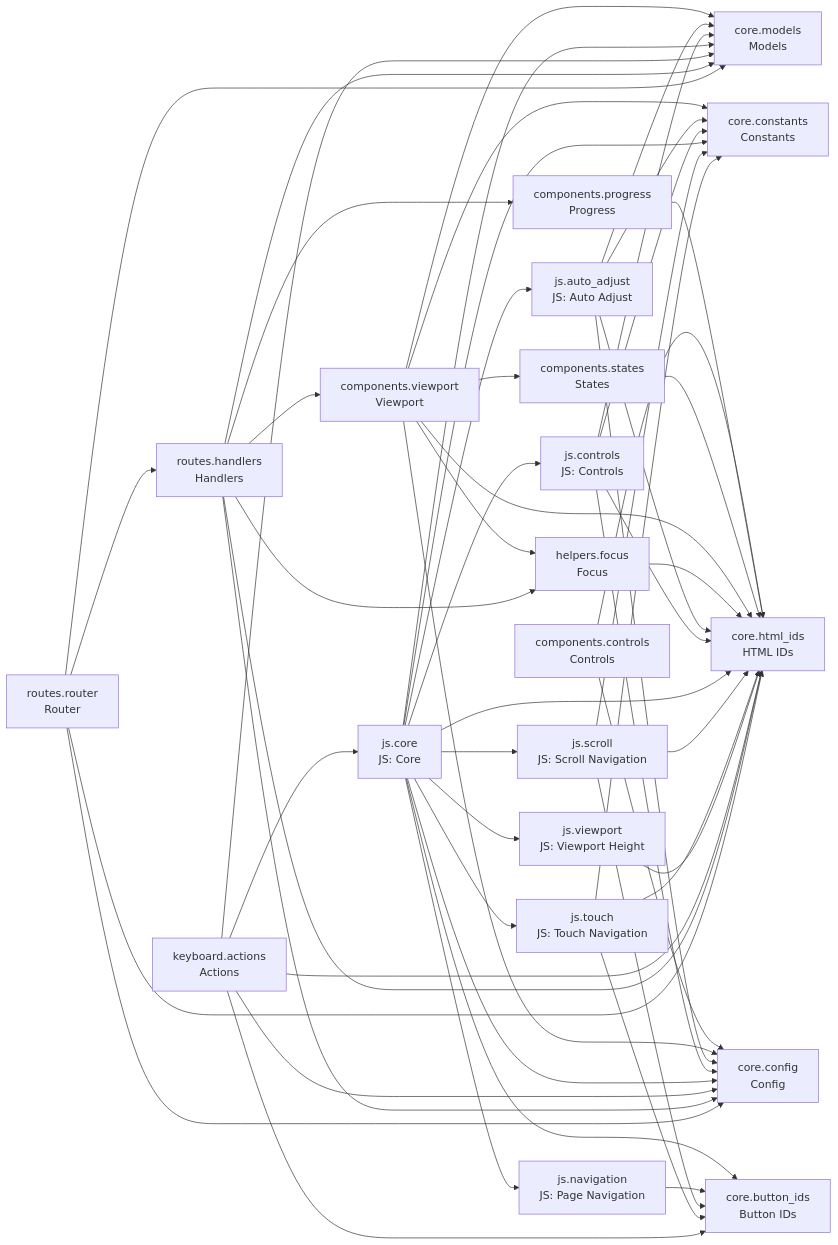
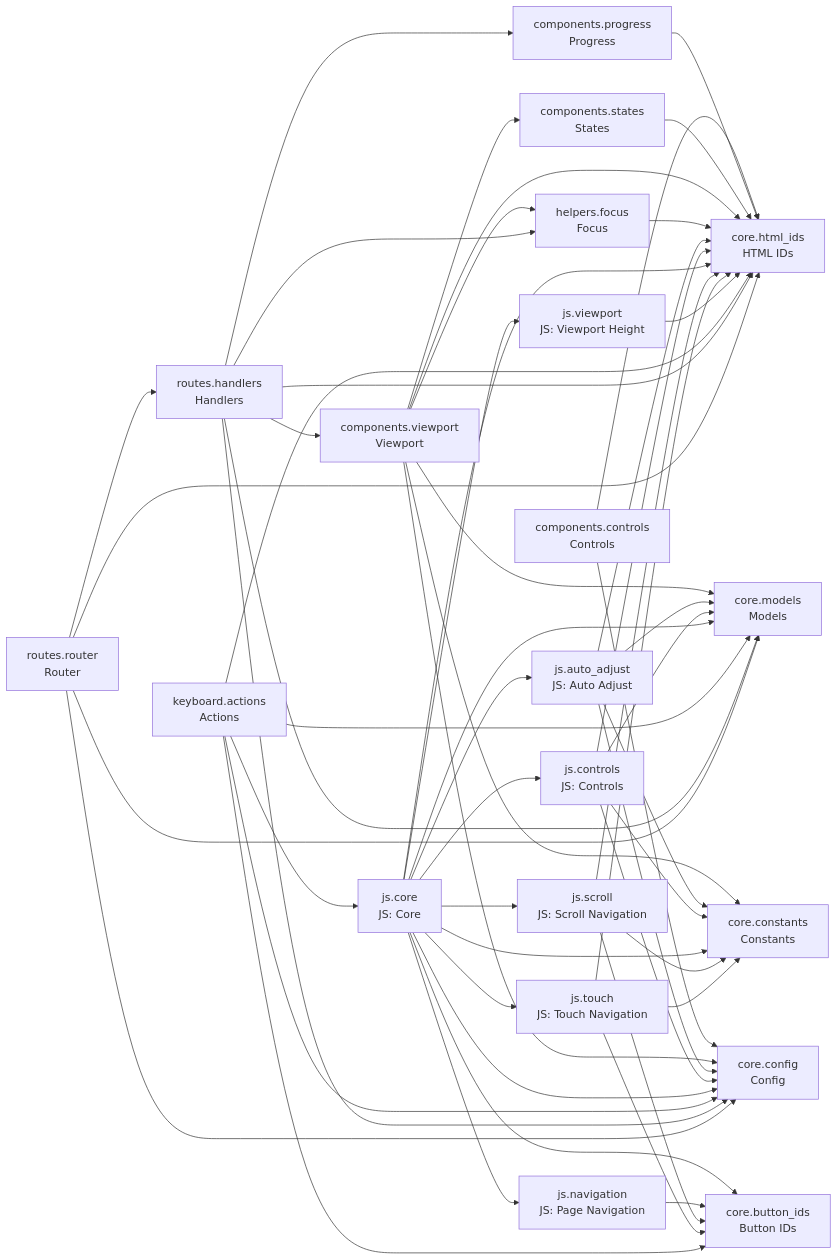
Before and after one commit to cj-mills/cjm-fasthtml-card-stack: the diagram in README.md, drawn with Mermaid. The commit also changed other lines of this file and 3 other files, not shown here.

````diff
--- a/README.md
+++ b/README.md
@@ -46,77 +46,77 @@
 ``` mermaid
 graph LR
     components_controls[components.controls<br/>Controls]
     components_progress[components.progress<br/>Progress]
     components_states[components.states<br/>States]
     components_viewport[components.viewport<br/>Viewport]
     core_button_ids[core.button_ids<br/>Button IDs]
     core_config[core.config<br/>Config]
     core_constants[core.constants<br/>Constants]
     core_html_ids[core.html_ids<br/>HTML IDs]
     core_models[core.models<br/>Models]
     helpers_focus[helpers.focus<br/>Focus]
     js_auto_adjust[js.auto_adjust<br/>JS: Auto Adjust]
     js_controls[js.controls<br/>JS: Controls]
     js_core[js.core<br/>JS: Core]
     js_navigation[js.navigation<br/>JS: Page Navigation]
     js_scroll[js.scroll<br/>JS: Scroll Navigation]
     js_touch[js.touch<br/>JS: Touch Navigation]
     js_viewport[js.viewport<br/>JS: Viewport Height]
     keyboard_actions[keyboard.actions<br/>Actions]
     routes_handlers[routes.handlers<br/>Handlers]
     routes_router[routes.router<br/>Router]
 
     components_controls --> core_config
     components_controls --> core_html_ids
     components_progress --> core_html_ids
     components_states --> core_html_ids
+    components_viewport --> core_constants
     components_viewport --> core_models
-    components_viewport --> core_constants
     components_viewport --> helpers_focus
-    components_viewport --> components_states
     components_viewport --> core_config
     components_viewport --> core_html_ids
+    components_viewport --> components_states
     helpers_focus --> core_html_ids
+    js_auto_adjust --> core_constants
     js_auto_adjust --> core_html_ids
-    js_auto_adjust --> core_constants
+    js_auto_adjust --> core_config
     js_auto_adjust --> core_models
-    js_auto_adjust --> core_config
     js_controls --> core_constants
     js_controls --> core_html_ids
+    js_controls --> core_config
     js_controls --> core_models
-    js_controls --> core_config
+    js_core --> core_constants
+    js_core --> js_touch
+    js_core --> core_models
+    js_core --> js_scroll
+    js_core --> core_config
+    js_core --> js_auto_adjust
+    js_core --> js_navigation
+    js_core --> core_html_ids
     js_core --> js_controls
-    js_core --> js_auto_adjust
-    js_core --> core_constants
     js_core --> js_viewport
     js_core --> core_button_ids
-    js_core --> js_navigation
-    js_core --> js_touch
-    js_core --> js_scroll
-    js_core --> core_config
-    js_core --> core_html_ids
-    js_core --> core_models
     js_navigation --> core_button_ids
     js_scroll --> core_constants
     js_scroll --> core_html_ids
     js_scroll --> core_button_ids
     js_touch --> core_constants
+    js_touch --> core_button_ids
     js_touch --> core_html_ids
-    js_touch --> core_button_ids
     js_viewport --> core_html_ids
-    keyboard_actions --> core_button_ids
     keyboard_actions --> js_core
     keyboard_actions --> core_config
     keyboard_actions --> core_html_ids
     keyboard_actions --> core_models
+    keyboard_actions --> core_button_ids
+    routes_handlers --> components_progress
     routes_handlers --> core_models
     routes_handlers --> components_viewport
-    routes_handlers --> components_progress
-    routes_handlers --> helpers_focus
     routes_handlers --> core_config
     routes_handlers --> core_html_ids
+    routes_handlers --> helpers_focus
     routes_router --> routes_handlers
     routes_router --> core_models
     routes_router --> core_config
     routes_router --> core_html_ids
 ```
````
